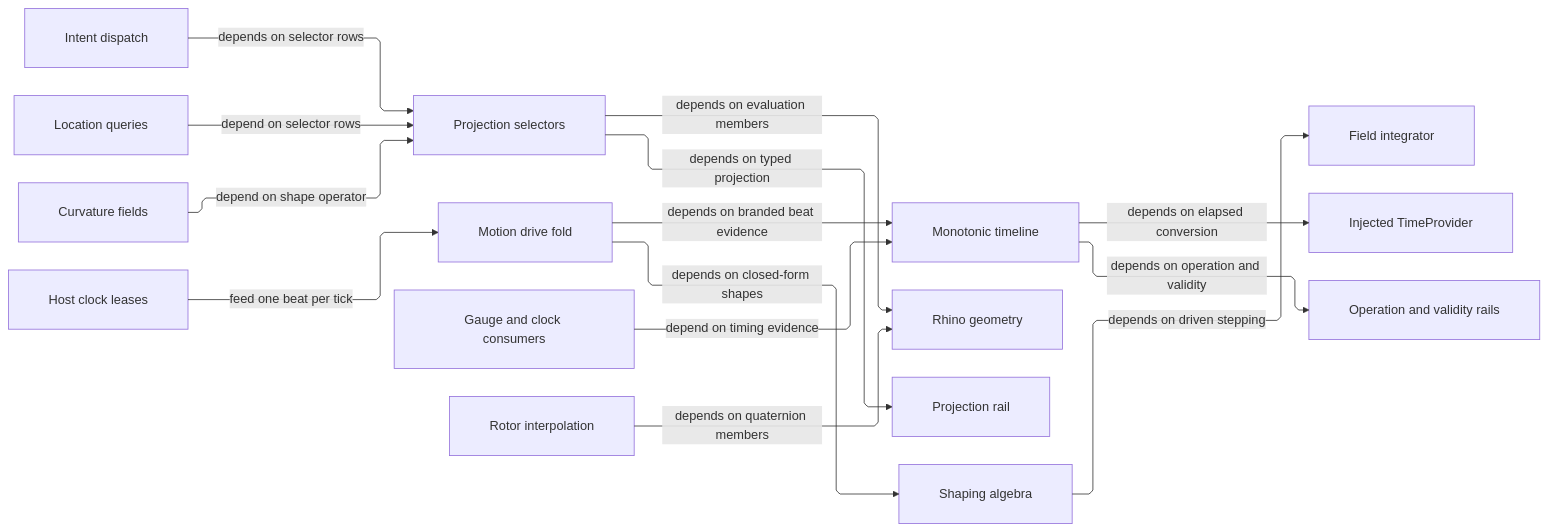
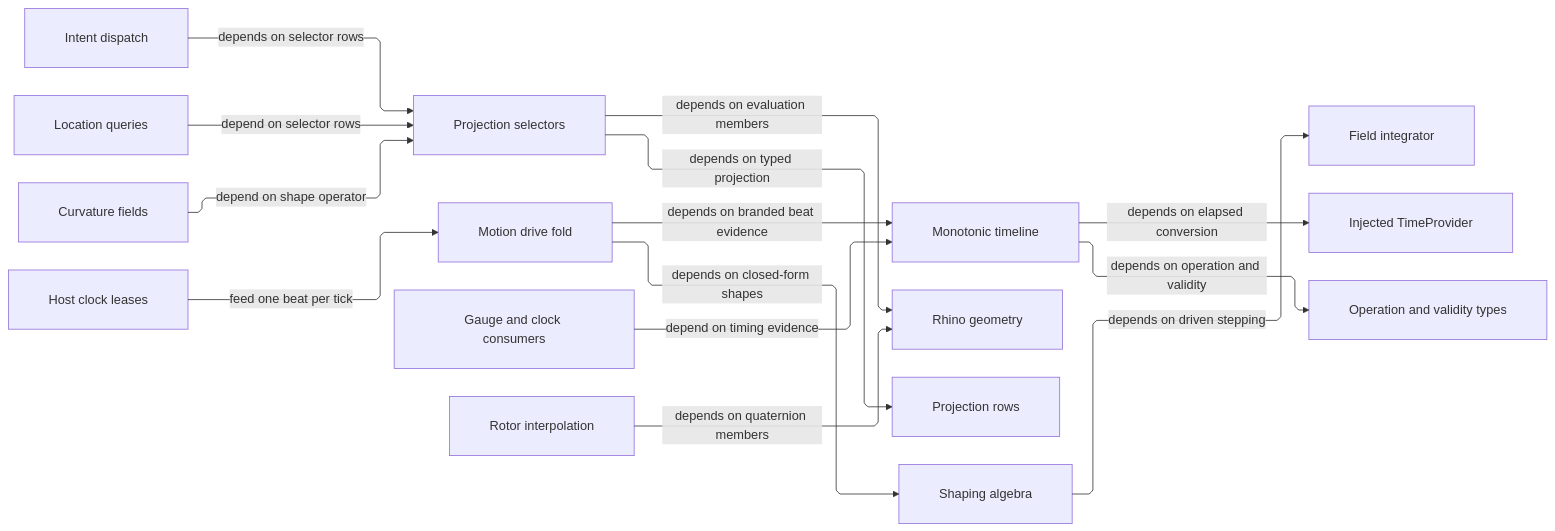
The diagram in libs/dotnet/Rasm/.planning/Parametric/projections.md (bsamiee/Rasm), drawn with Mermaid before and after one commit. The commit also changed other lines of this file and 1997 other files, not shown here.

First line of the commit message:
docs: rename rail to result and seam to boundary across the corpus

````diff
--- a/libs/dotnet/Rasm/.planning/Parametric/projections.md
+++ b/libs/dotnet/Rasm/.planning/Parametric/projections.md
@@ -1018,28 +1011,28 @@
 ```mermaid
 ---
 config:
   layout: elk
   elk:
     nodePlacementStrategy: NETWORK_SIMPLEX
     considerModelOrder: NODES_AND_EDGES
   flowchart:
     curve: linear
     padding: 25
 ---
 flowchart LR
     accTitle: Parametric projection and motion dependency graph
-    accDescr: Projection, timing, and motion owners depend on verified geometry, numerical, rail, and monotonic-clock surfaces while host leases depend only on the sampling fold.
+    accDescr: Projection, timing, and motion owners depend on verified geometry, numerical, result, and monotonic-clock surfaces while host leases depend only on the sampling fold.
     Intent["Intent dispatch"] -->|"depends on selector rows"| Selectors["Projection selectors"]
     Locate["Location queries"] -->|"depend on selector rows"| Selectors
     Fields["Curvature fields"] -->|"depend on shape operator"| Selectors
     Leases["Host clock leases"] -->|"feed one beat per tick"| Drive["Motion drive fold"]
     Consumers["Gauge and clock consumers"] -->|"depend on timing evidence"| Timeline["Monotonic timeline"]
     Selectors selectorRhino@-->|"depends on evaluation members"| Rhino["Rhino geometry"]
-    Selectors selectorRail@-->|"depends on typed projection"| Projection["Projection rail"]
+    Selectors selectorProj@-->|"depends on typed projection"| Projection["Projection rows"]
     Rotors["Rotor interpolation"] rotorRhino@-->|"depends on quaternion members"| Rhino
     Drive driveShapes@-->|"depends on closed-form shapes"| Shapes["Shaping algebra"]
     Drive driveBeat@-->|"depends on branded beat evidence"| Timeline
     Shapes shapeStep@-->|"depends on driven stepping"| Integrator["Field integrator"]
     Timeline timelineProvider@-->|"depends on elapsed conversion"| Provider["Injected TimeProvider"]
-    Timeline timelineRail@-->|"depends on operation and validity"| Rails["Operation and validity rails"]
+    Timeline timelineType@-->|"depends on operation and validity"| Results["Operation and validity types"]
 ```
````
